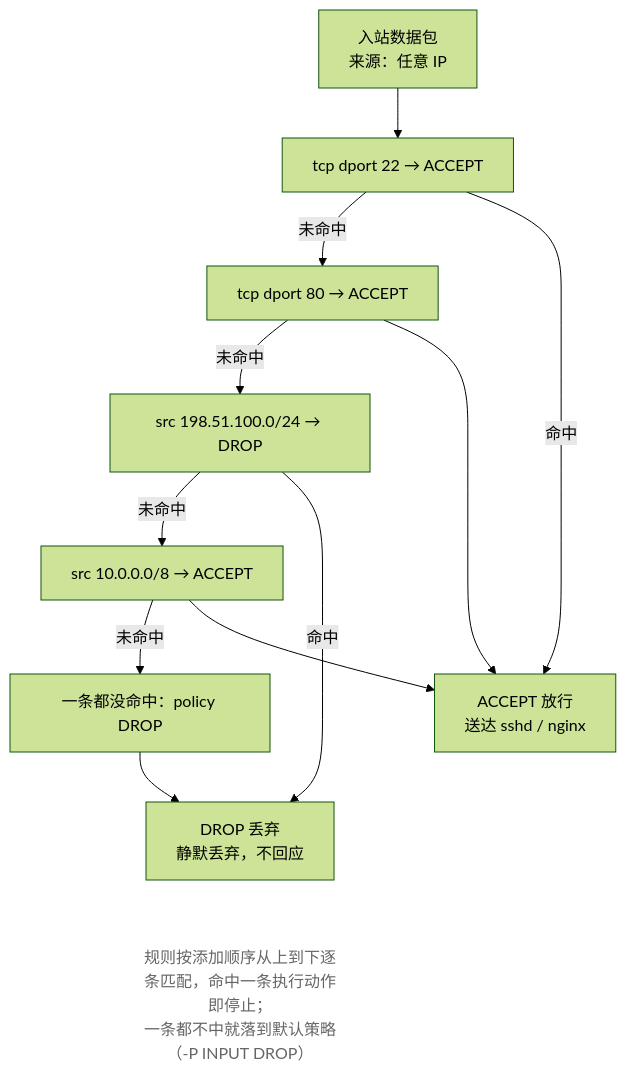
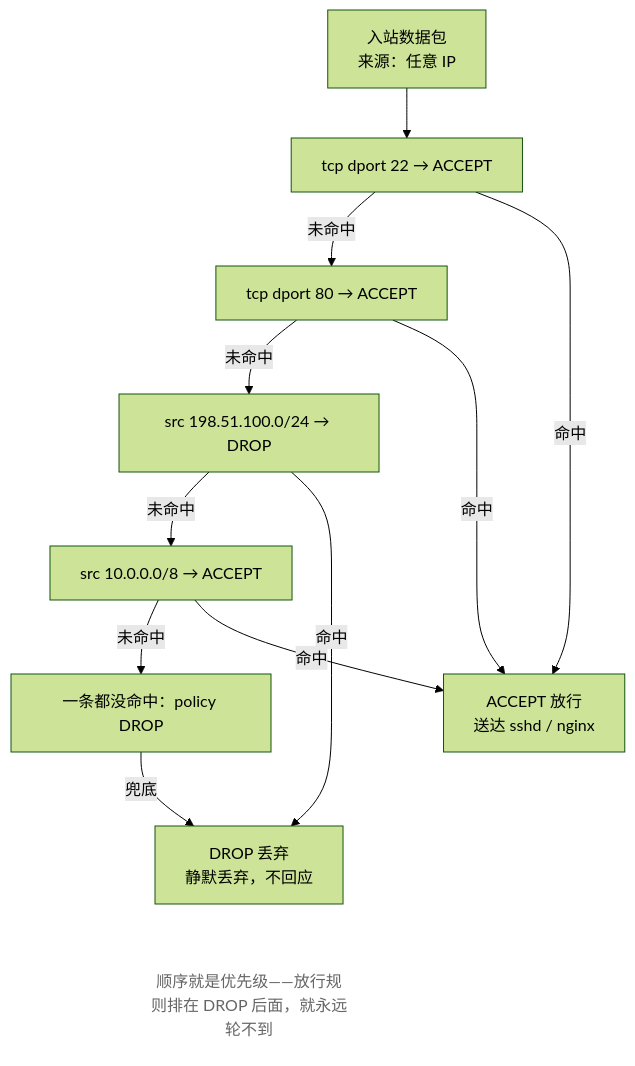
One commit to wangxiangnan/wangxiangnan.github.io changed the second of 3 diagrams in src/linux-command/ch16.md. Above: the diagram before and after it, drawn with Mermaid (forest theme). The commit also changed other lines of this file and 25 other files, not shown here.

````diff
--- a/src/linux-command/ch16.md
+++ b/src/linux-command/ch16.md
@@ -218,19 +218,19 @@
 ```mermaid
 flowchart TB
     P["入站数据包<br>来源：任意 IP"] --> R1["tcp dport 22 → ACCEPT"]
     R1 -->|未命中| R2["tcp dport 80 → ACCEPT"]
     R2 -->|未命中| R3["src 198.51.100.0/24 → DROP"]
     R3 -->|未命中| R4["src 10.0.0.0/8 → ACCEPT"]
     R4 -->|未命中| R5["一条都没命中：policy DROP"]
     R1 -->|命中| A["ACCEPT 放行<br>送达 sshd / nginx"]
-    R2 --> A
-    R4 --> A
+    R2 -->|命中| A
+    R4 -->|命中| A
     R3 -->|命中| D["DROP 丢弃<br>静默丢弃，不回应"]
-    R5 --> D
-    N["规则按添加顺序从上到下逐条匹配，命中一条执行动作即停止；<br>一条都不中就落到默认策略（-P INPUT DROP）"]
+    R5 -->|兜底| D
+    N["顺序就是优先级——放行规则排在 DROP 后面，就永远轮不到"]
 
     D ~~~ N
 
     classDef note fill:none,stroke:none,color:#666
     class N note
 ```
````
